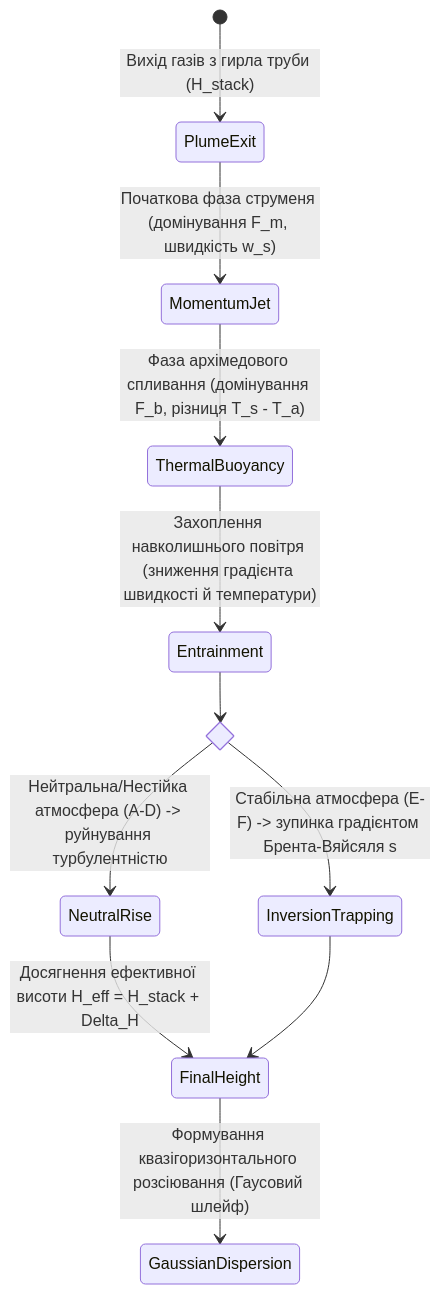
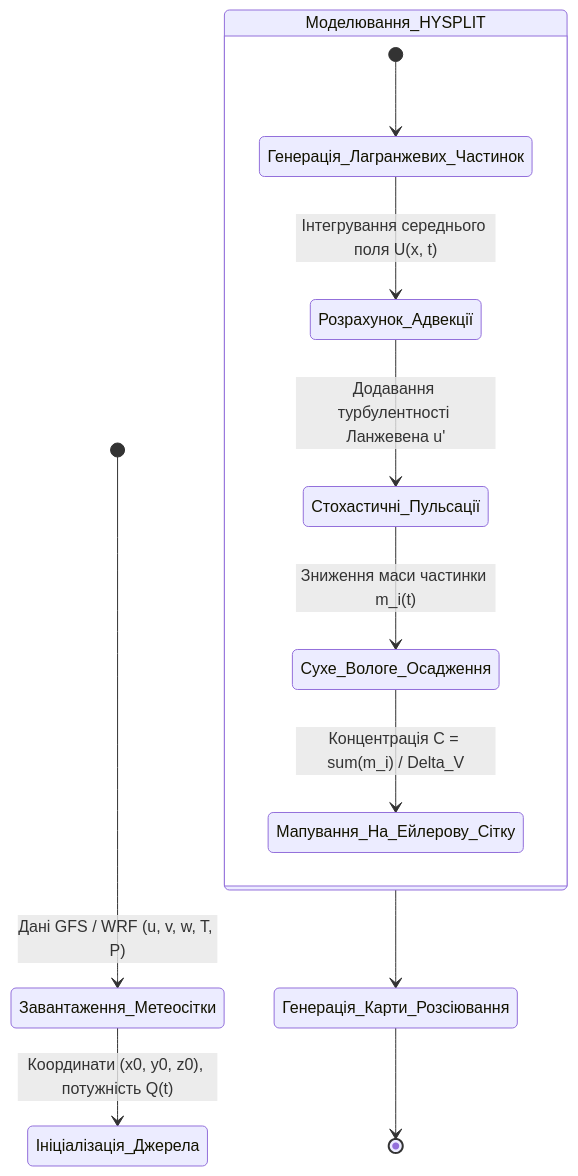
The second of 4 diagrams in docs/lk/lk6.md (KyryloVadurin/eco-systems-analytics), drawn with Mermaid before and after one commit. The commit also changed other lines of this file and 9 other files, not shown here.

````diff
--- a/docs/lk/lk6.md
+++ b/docs/lk/lk6.md
@@ -166,20 +127,16 @@
 ```mermaid
 stateDiagram-v2
-    [*] --> PlumeExit: Вихід газів з гирла труби (H_stack)
+    [*] --> Завантаження_Метеосітки: Дані GFS / WRF (u, v, w, T, P)
+    Завантаження_Метеосітки --> Ініціалізація_Джерела: Координати (x0, y0, z0), потужність Q(t)
     
-    PlumeExit --> MomentumJet: Початкова фаза струменя (домінування F_m, швидкість w_s)
-    MomentumJet --> ThermalBuoyancy: Фаза архімедового спливання (домінування F_b, різниця T_s - T_a)
+    state Моделювання_HYSPLIT {
+        [*] --> Генерація_Лагранжевих_Частинок
+        Генерація_Лагранжевих_Частинок --> Розрахунок_Адвекції: Інтегрування середнього поля U(x, t)
+        Розрахунок_Адвекції --> Стохастичні_Пульсації: Додавання турбулентності Ланжевена u'
+        Стохастичні_Пульсації --> Сухе_Вологе_Осадження: Зниження маси частинки m_i(t)
+        Сухе_Вологе_Осадження --> Мапування_На_Ейлерову_Сітку: Концентрація C = sum(m_i) / Delta_V
+    }
     
-    ThermalBuoyancy --> Entrainment: Захоплення навколишнього повітря (зниження градієнта швидкості й температури)
-    
-    state EquilibriumSelection <<choice>>
-    Entrainment --> EquilibriumSelection
-    
-    EquilibriumSelection --> NeutralRise: Нейтральна/Нестійка атмосфера (A-D) -> руйнування турбулентністю
-    EquilibriumSelection --> InversionTrapping: Стабільна атмосфера (E-F) -> зупинка градієнтом Брента-Вяйсяля s
-    
-    NeutralRise --> FinalHeight: Досягнення ефективної висоти H_eff = H_stack + Delta_H
-    InversionTrapping --> FinalHeight
-    
-    FinalHeight --> GaussianDispersion: Формування квазігоризонтального розсіювання (Гаусовий шлейф)
+    Моделювання_HYSPLIT --> Генерація_Карти_Розсіювання
+    Генерація_Карти_Розсіювання --> [*]
 ```
````
